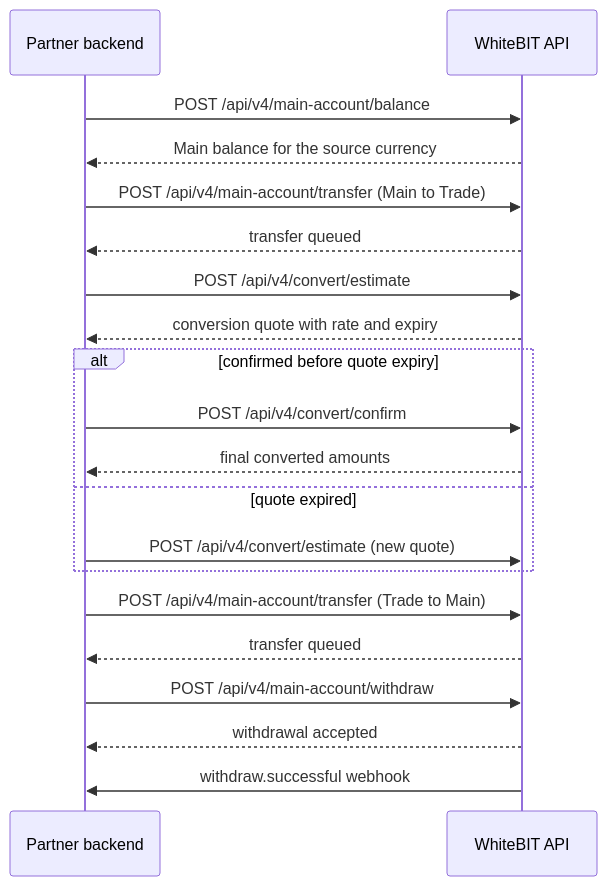
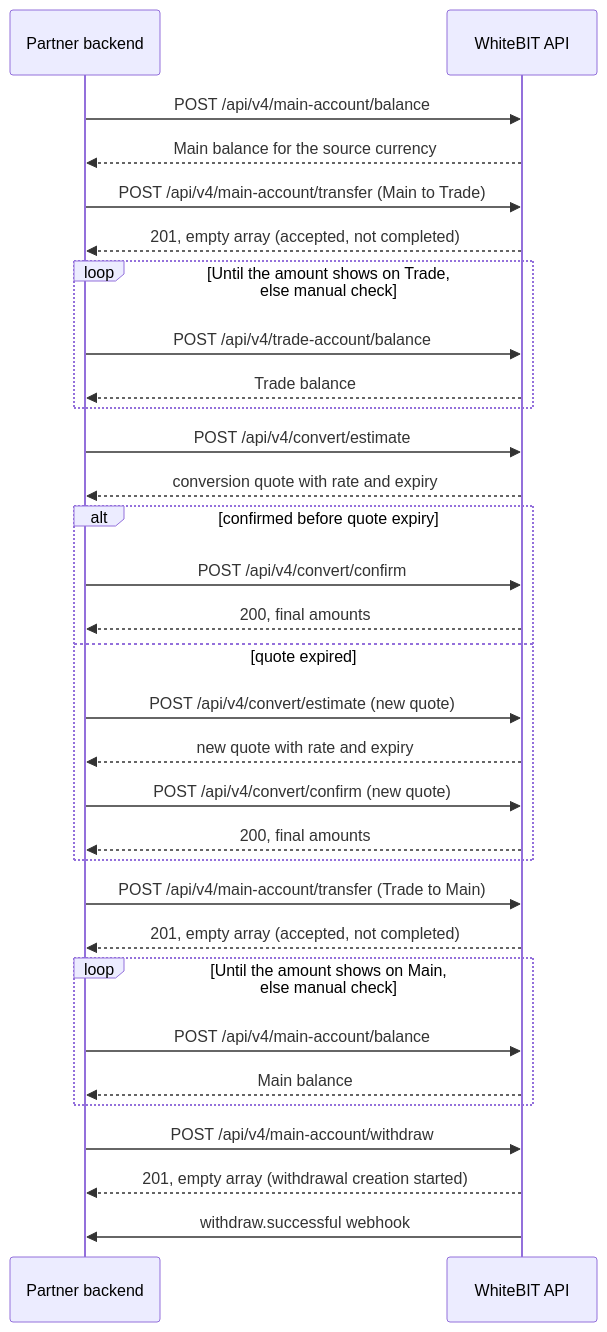
Before and after one commit to whitebit-exchange/docs: the ninth of 10 diagrams in guides/payment-integration.mdx, drawn with Mermaid. The commit also changed other lines of this file, not shown here.

First line of the commit message:
docs(guide): add Convert waits to payment flows

````diff
--- a/guides/payment-integration.mdx
+++ b/guides/payment-integration.mdx
@@ -1120,23 +1135,34 @@
 ```mermaid
 sequenceDiagram
     participant Partner as Partner backend
     participant WB as WhiteBIT API
 
     Partner->>WB: POST /api/v4/main-account/balance
     WB-->>Partner: Main balance for the source currency
     Partner->>WB: POST /api/v4/main-account/transfer (Main to Trade)
-    WB-->>Partner: transfer queued
+    WB-->>Partner: 201, empty array (accepted, not completed)
+    loop Until the amount shows on Trade,<br/>else manual check
+        Partner->>WB: POST /api/v4/trade-account/balance
+        WB-->>Partner: Trade balance
+    end
     Partner->>WB: POST /api/v4/convert/estimate
     WB-->>Partner: conversion quote with rate and expiry
     alt confirmed before quote expiry
         Partner->>WB: POST /api/v4/convert/confirm
-        WB-->>Partner: final converted amounts
+        WB-->>Partner: 200, final amounts
     else quote expired
         Partner->>WB: POST /api/v4/convert/estimate (new quote)
+        WB-->>Partner: new quote with rate and expiry
+        Partner->>WB: POST /api/v4/convert/confirm (new quote)
+        WB-->>Partner: 200, final amounts
     end
     Partner->>WB: POST /api/v4/main-account/transfer (Trade to Main)
-    WB-->>Partner: transfer queued
+    WB-->>Partner: 201, empty array (accepted, not completed)
+    loop Until the amount shows on Main,<br/>else manual check
+        Partner->>WB: POST /api/v4/main-account/balance
+        WB-->>Partner: Main balance
+    end
     Partner->>WB: POST /api/v4/main-account/withdraw
-    WB-->>Partner: withdrawal accepted
+    WB-->>Partner: 201, empty array (withdrawal creation started)
     WB->>Partner: withdraw.successful webhook
 ```
````
